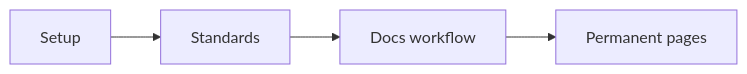
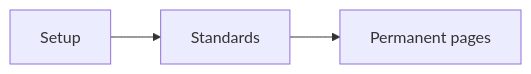
The diagram in docs/src/en-US/Contribute/Catalogue.md (PickAID/LostCivilization), drawn with Mermaid before and after one commit. The commit also changed other lines of this file and 98 other files, not shown here.

````diff
--- a/docs/src/en-US/Contribute/Catalogue.md
+++ b/docs/src/en-US/Contribute/Catalogue.md
@@ -11,6 +11,5 @@
 ```mermaid
 flowchart LR
     Setup["Setup"] --> Standards["Standards"]
-    Standards --> Workflow["Docs workflow"]
-    Workflow --> Pages["Permanent pages"]
+    Standards --> Pages["Permanent pages"]
 ```
````
